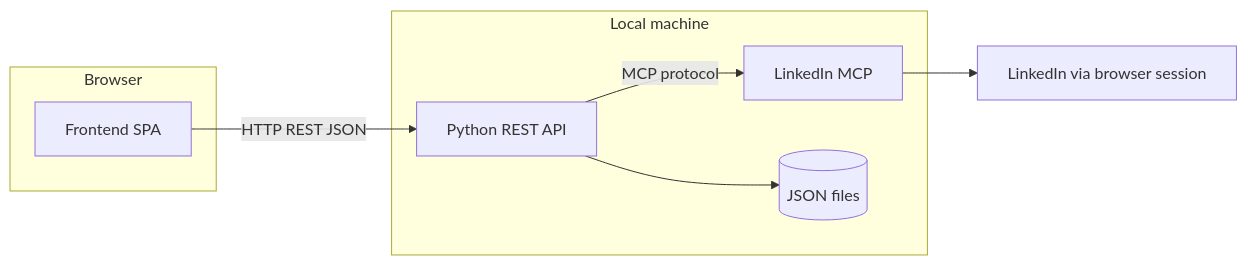
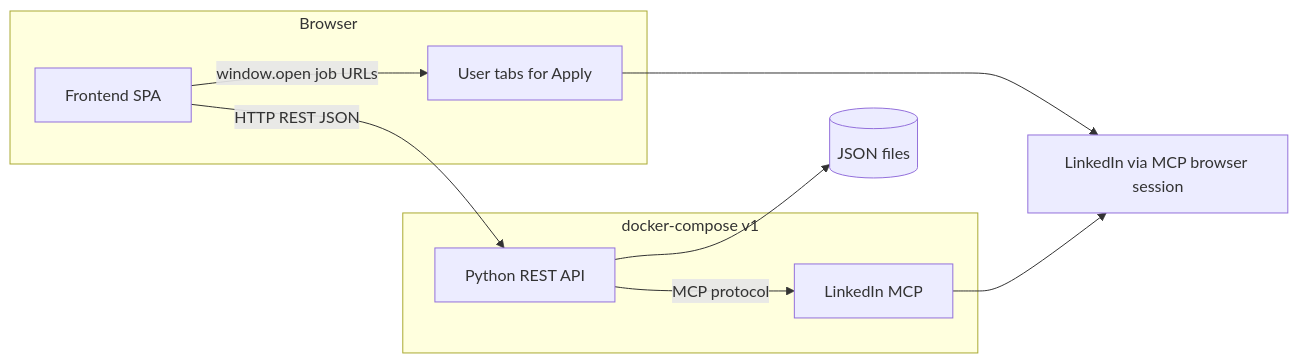
One commit to YanShlain/reverse-recruiter changed the second of 2 diagrams in docs/original_requirements.md. Above: the diagram before and after it, drawn with Mermaid. The commit also changed other lines of this file, not shown here.

````diff
--- a/docs/original_requirements.md
+++ b/docs/original_requirements.md
@@ -191,16 +200,19 @@
 ```mermaid
 flowchart LR
   subgraph client [Browser]
     FE[Frontend SPA]
+    Tabs[User tabs for Apply]
   end
-  subgraph local [Local machine]
+  subgraph compose [docker-compose v1]
     BE[Python REST API]
     MCP[LinkedIn MCP]
-    JSON[(JSON files)]
   end
-  LinkedIn[LinkedIn via browser session]
+  JSON[(JSON files)]
+  LinkedIn[LinkedIn via MCP browser session]
   FE -->|HTTP REST JSON| BE
+  FE -->|window.open job URLs| Tabs
+  Tabs --> LinkedIn
   BE -->|MCP protocol| MCP
   MCP --> LinkedIn
   BE --> JSON
 ```
````
